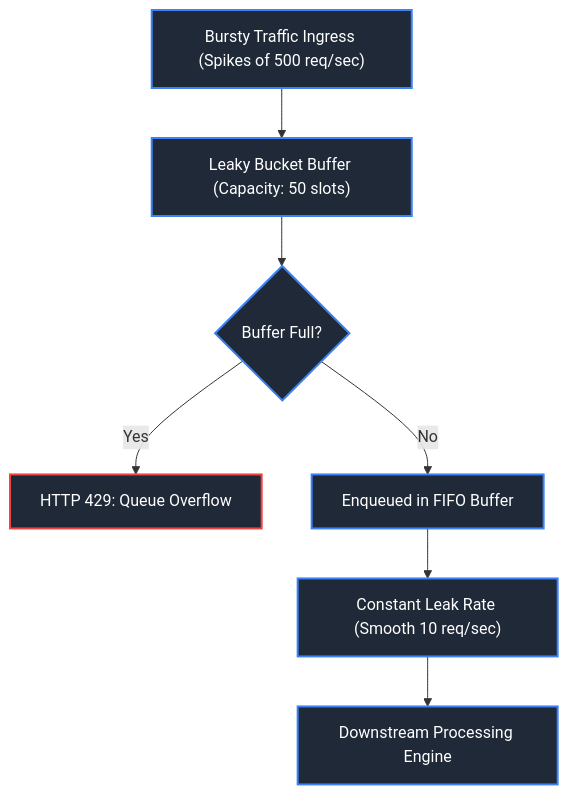
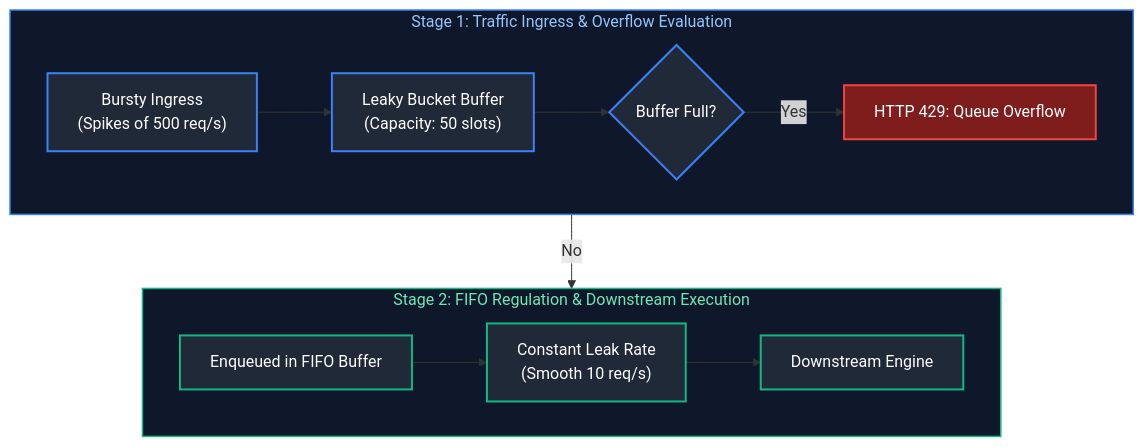
Before and after one commit to joydeep-biswas/Interview-Preparation: diagram 16 of 18 in Data Engineering/05_distributed_systems_and_apis.md, drawn with Mermaid. The commit also changed other lines of this file and 76 other files, not shown here.

Commit message:
Updated Charts

````diff
--- a/Data Engineering/05_distributed_systems_and_apis.md
+++ b/Data Engineering/05_distributed_systems_and_apis.md
@@ -959,17 +964,25 @@
 ```mermaid
 flowchart TD
-    Burst["Bursty Traffic Ingress (Spikes of 500 req/sec)"] --> Bucket["Leaky Bucket Buffer (Capacity: 50 slots)"]
-    Bucket --> OverFlow{"Buffer Full?"}
-    OverFlow -- Yes --> Drop["HTTP 429: Queue Overflow"]
-    OverFlow -- No --> Queue["Enqueued in FIFO Buffer"]
-    Queue --> Leak["Constant Leak Rate (Smooth 10 req/sec)"]
-    Leak --> BackendService["Downstream Processing Engine"]
+    subgraph Stage1 ["Stage 1: Traffic Ingress & Overflow Evaluation"]
+        direction LR
+        Burst["Bursty Ingress<br/>(Spikes of 500 req/s)"] --> Bucket["Leaky Bucket Buffer<br/>(Capacity: 50 slots)"] --> OverFlow{"Buffer Full?"}
+        OverFlow -- Yes --> Drop["HTTP 429: Queue Overflow"]
+    end
 
+    subgraph Stage2 ["Stage 2: FIFO Regulation & Downstream Execution"]
+        direction LR
+        Queue["Enqueued in FIFO Buffer"] --> Leak["Constant Leak Rate<br/>(Smooth 10 req/s)"] --> BackendService["Downstream Engine"]
+    end
+
+    OverFlow -- No --> Queue
+
+    style Stage1 fill:#0f172a,stroke:#3b82f6,stroke-width:1.5px,color:#93c5fd
+    style Stage2 fill:#0f172a,stroke:#10b981,stroke-width:1.5px,color:#6ee7b7
     style Burst fill:#1f2937,stroke:#3b82f6,stroke-width:2px,color:#fff
     style Bucket fill:#1f2937,stroke:#3b82f6,stroke-width:2px,color:#fff
     style OverFlow fill:#1f2937,stroke:#3b82f6,stroke-width:2px,color:#fff
-    style Drop fill:#1f2937,stroke:#ef4444,stroke-width:2px,color:#fff
-    style Queue fill:#1f2937,stroke:#3b82f6,stroke-width:2px,color:#fff
-    style Leak fill:#1f2937,stroke:#3b82f6,stroke-width:2px,color:#fff
-    style BackendService fill:#1f2937,stroke:#3b82f6,stroke-width:2px,color:#fff
+    style Drop fill:#7f1d1d,stroke:#ef4444,stroke-width:2px,color:#fff
+    style Queue fill:#1f2937,stroke:#10b981,stroke-width:2px,color:#fff
+    style Leak fill:#1f2937,stroke:#10b981,stroke-width:2px,color:#fff
+    style BackendService fill:#1f2937,stroke:#10b981,stroke-width:2px,color:#fff
 ```
````
